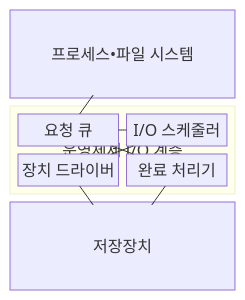
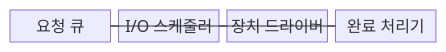
One commit to agnusdei1207/knowledge-base changed the first of 2 diagrams in src/content/docs/notes/03-software/022_io_management_disk_scheduling.md. Above: the diagram before and after it, drawn with Mermaid. The commit also changed other lines of this file and 493 other files, not shown here.

````diff
--- a/src/content/docs/notes/03-software/022_io_management_disk_scheduling.md
+++ b/src/content/docs/notes/03-software/022_io_management_disk_scheduling.md
@@ -70,19 +70,9 @@
 ```mermaid
-block
-    columns 1
-    P["프로세스•파일 시스템"]
-    block:IO["운영체제 I/O 계층"]
-        columns 2
-        Q["요청 큐"]
-        S["I/O 스케줄러"]
-        D["장치 드라이버"]
-        C["완료 처리기"]
-    end
-    V["저장장치"]
-    P --- Q
-    Q --- S
-    S --- D
-    D --- V
-    V --- C
-    C --- Q
+block-beta
+  columns 4
+  Q["요청 큐"] S["I/O 스케줄러"] D["장치 드라이버"] C["완료 처리기"]
+  Q --- S
+  S --- D
+  D --- C
+  C --- Q
 ```
````
